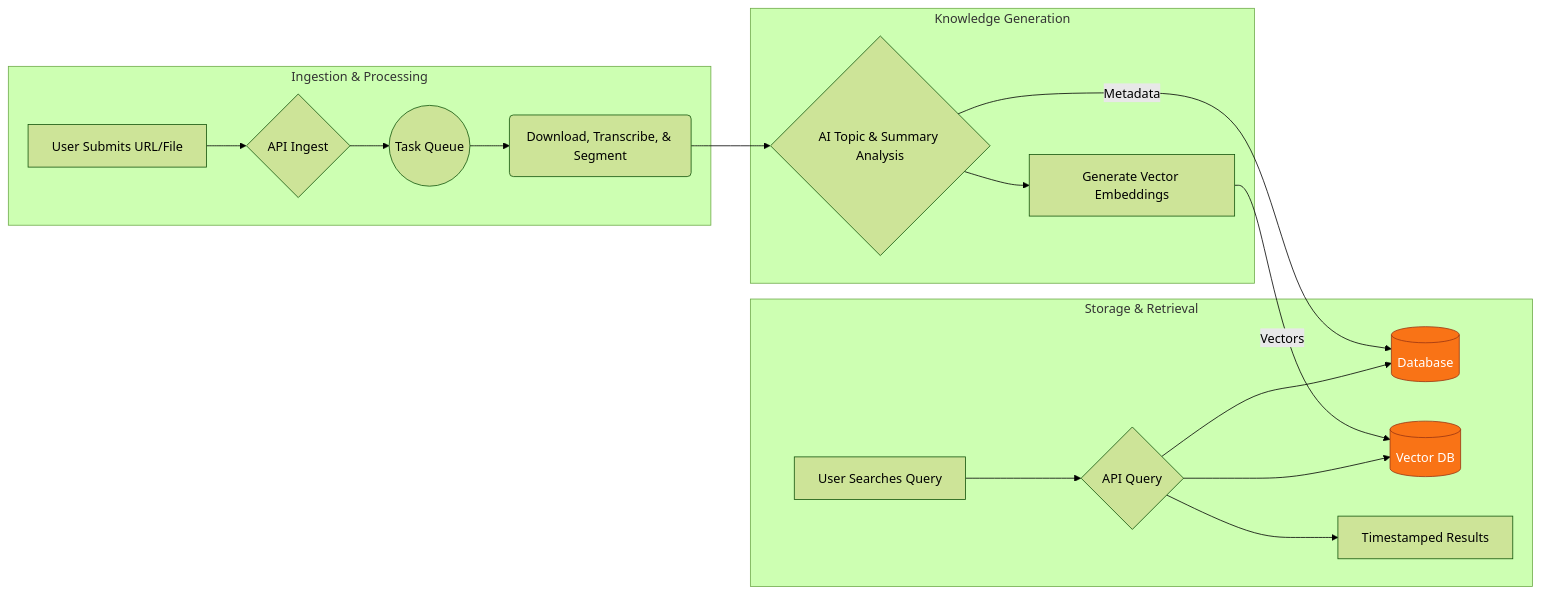
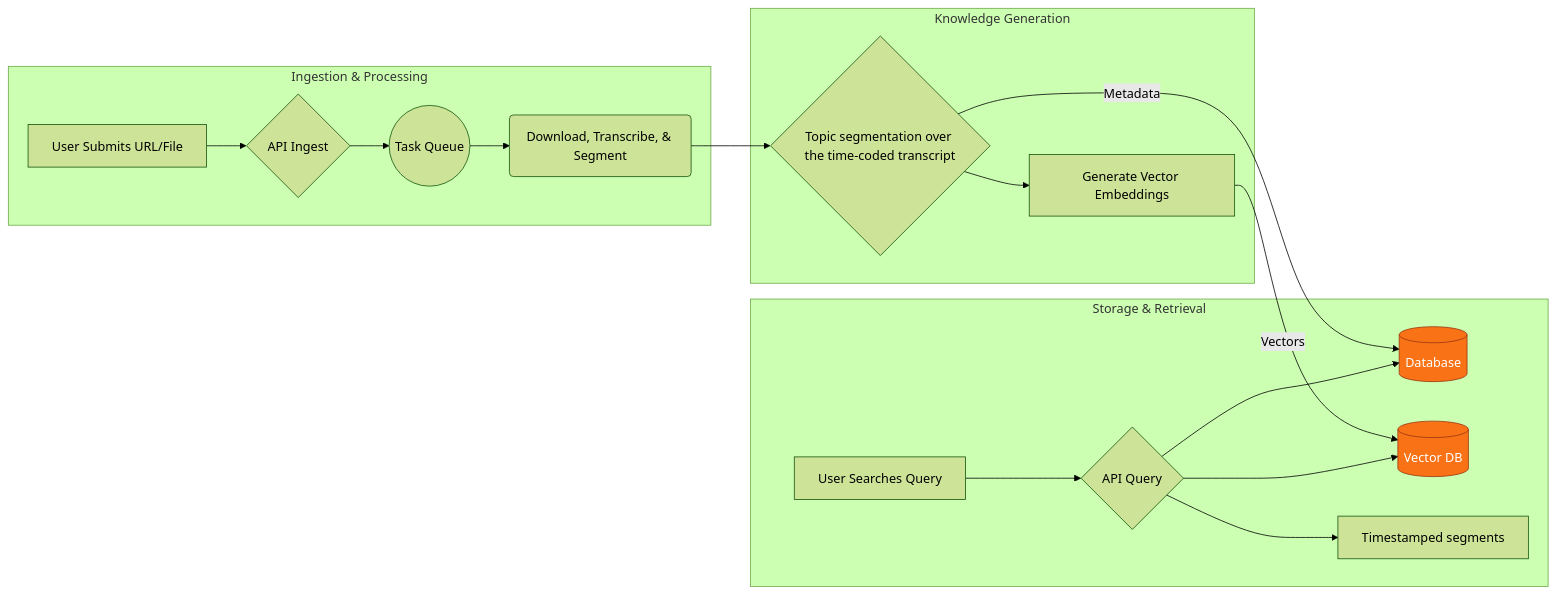
The diagram in README.md (IndigoNakamoto/Citeio.com), drawn with Mermaid (forest theme) before and after one commit. The commit also changed other lines of this file, not shown here.

First line of the commit message:
docs: anchor the README to timestamped retrieval and domain status

````diff
--- a/README.md
+++ b/README.md
@@ -60,26 +76,26 @@
 ```mermaid
 graph LR;
 
     subgraph "Ingestion & Processing"
         A[User Submits URL/File] --> B{API Ingest};
         B --> C((Task Queue));
         C --> D(Download, Transcribe, & Segment);
     end
 
     subgraph "Knowledge Generation"
-        D --> E{AI Topic & Summary Analysis};
+        D --> E{Topic segmentation over the time-coded transcript};
         E --> F[Generate Vector Embeddings];
     end
 
     subgraph "Storage & Retrieval"
         E -- Metadata --> G[(Database)];
         F -- Vectors --> H[(Vector DB)];
         I[User Searches Query] --> J{API Query};
         J --> G;
         J --> H;
-        J --> K[Timestamped Results];
+        J --> K[Timestamped segments];
     end
 
     classDef database fill:#F97316,stroke:#9A3412,color:#fff;
     class G,H database;
 ```
````
